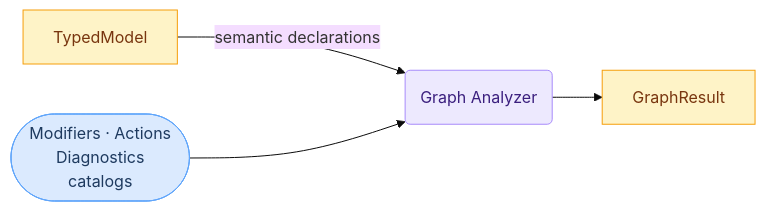
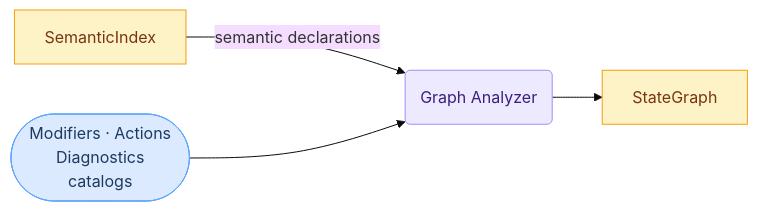
One commit to sfalik/Precept changed the fifth of 9 diagrams in docs/compiler-and-runtime-design.md. Above: the diagram before and after it, drawn with Mermaid (base theme). The commit also changed other lines of this file, not shown here.

````diff
--- a/docs/compiler-and-runtime-design.md
+++ b/docs/compiler-and-runtime-design.md
@@ -436,15 +444,15 @@
 ```mermaid
 flowchart LR
     classDef input fill:#dbeafe,stroke:#60a5fa,color:#1e3a5f
     classDef stage fill:#ede9fe,stroke:#a78bfa,color:#3b1f7e
     classDef artifact fill:#fef3c7,stroke:#f59e0b,color:#78350f
 
-    TM[TypedModel]:::artifact
+    TM[SemanticIndex]:::artifact
     CAT(["Modifiers · Actions<br/>Diagnostics<br/>catalogs"]):::input
     GA(Graph Analyzer):::stage
-    OUT[GraphResult]:::artifact
+    OUT[StateGraph]:::artifact
 
     TM -->|"semantic declarations"| GA
     CAT --> GA
     GA --> OUT
 ```
````
